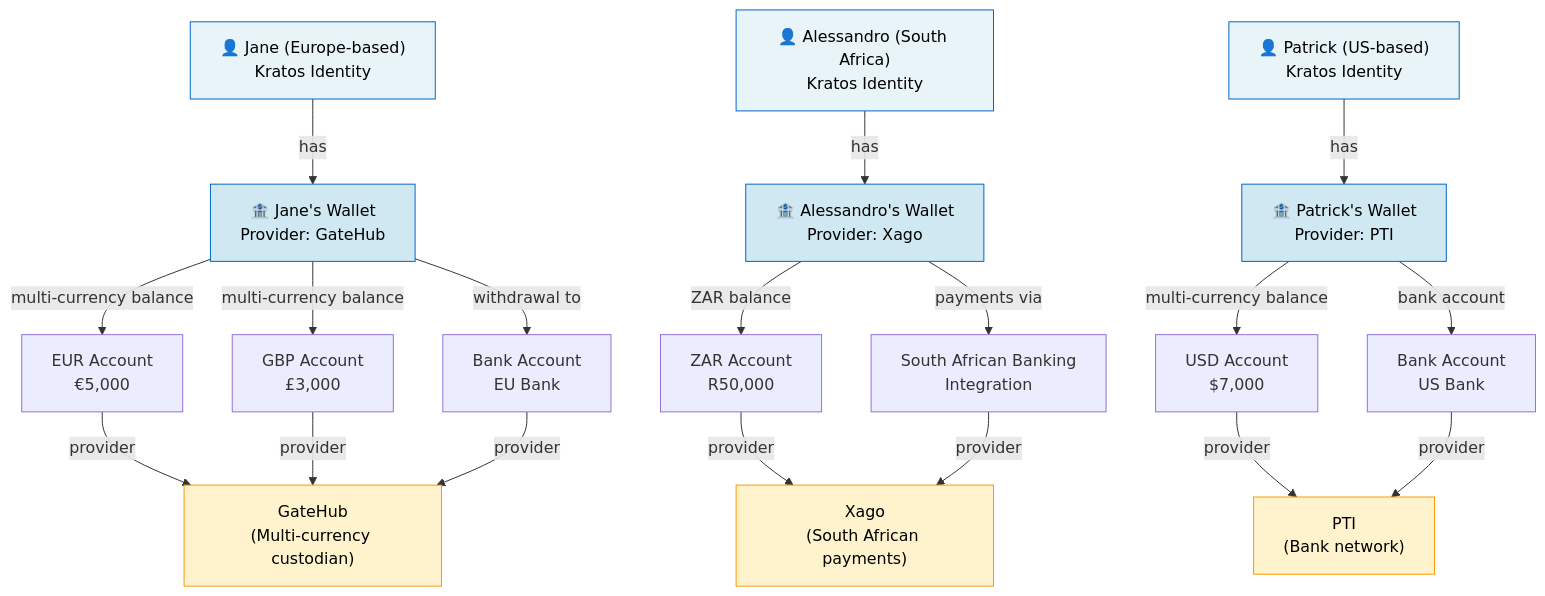
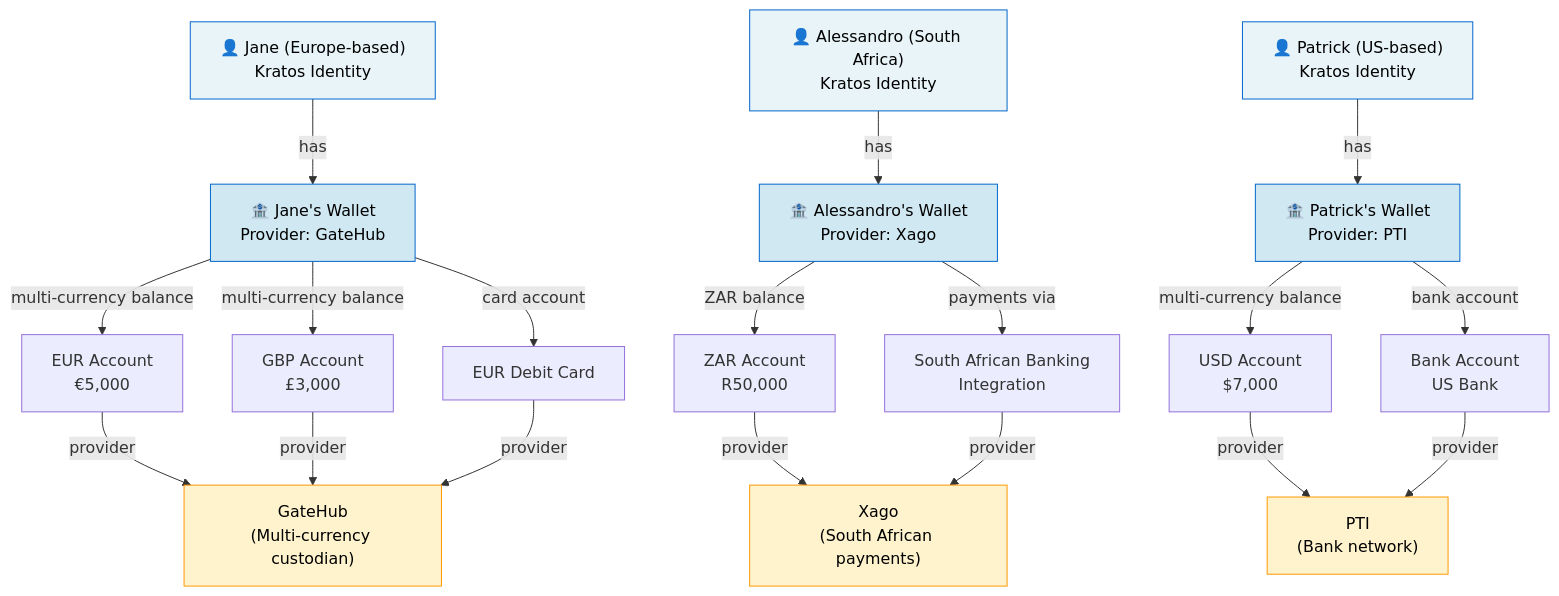
Before and after one commit to interledger/interledger-app: the first of 7 diagrams in documentation/docs/payments-guide.md, drawn with Mermaid. The commit also changed other lines of this file and 6 other files, not shown here.

Commit message:
docs: terminology and flow corrections

````diff
--- a/documentation/docs/payments-guide.md
+++ b/documentation/docs/payments-guide.md
@@ -53,39 +53,39 @@
 ```mermaid
 graph TD
     JaneUser["👤 Jane (Europe-based)<br/>Kratos Identity"]
     JaneWallet["🏦 Jane's Wallet<br/>Provider: GateHub"]
     
     AlessandroUser["👤 Alessandro (South Africa)<br/>Kratos Identity"]
     AlessandroWallet["🏦 Alessandro's Wallet<br/>Provider: Xago"]
     
     PatrickUser["👤 Patrick (US-based)<br/>Kratos Identity"]
     PatrickWallet["🏦 Patrick's Wallet<br/>Provider: PTI"]
     
     JaneUser -->|has| JaneWallet
     AlessandroUser -->|has| AlessandroWallet
     PatrickUser -->|has| PatrickWallet
     
     JaneWallet -->|multi-currency balance| LA1["EUR Account<br/>€5,000"]
     JaneWallet -->|multi-currency balance| LA2["GBP Account<br/>£3,000"]
-    JaneWallet -->|withdrawal to| LA3["Bank Account<br/>EU Bank"]
+    JaneWallet -->|card account| LA3["EUR Debit Card"]
     
     AlessandroWallet -->|ZAR balance| LA4["ZAR Account<br/>R50,000"]
     AlessandroWallet -->|payments via| LA5["South African Banking<br/>Integration"]
     
     PatrickWallet -->|multi-currency balance| LA6["USD Account<br/>$7,000"]
     PatrickWallet -->|bank account| LA7["Bank Account<br/>US Bank"]
     
     LA1 & LA2 & LA3 -->|provider| GH["GateHub<br/>(Multi-currency custodian)"]
     LA4 & LA5 -->|provider| XG["Xago<br/>(South African payments)"]
     LA6 & LA7 -->|provider| PTI["PTI<br/>(Bank network)"]
     
     style JaneUser fill:#e8f4f8,stroke:#0066cc,color:#000
     style JaneWallet fill:#d0e8f2,stroke:#0066cc,color:#000
     style AlessandroUser fill:#e8f4f8,stroke:#0066cc,color:#000
     style AlessandroWallet fill:#d0e8f2,stroke:#0066cc,color:#000
     style PatrickUser fill:#e8f4f8,stroke:#0066cc,color:#000
     style PatrickWallet fill:#d0e8f2,stroke:#0066cc,color:#000
     style GH fill:#fff3cd,stroke:#ff9800,color:#000
     style XG fill:#fff3cd,stroke:#ff9800,color:#000
     style PTI fill:#fff3cd,stroke:#ff9800,color:#000
 ```
````
